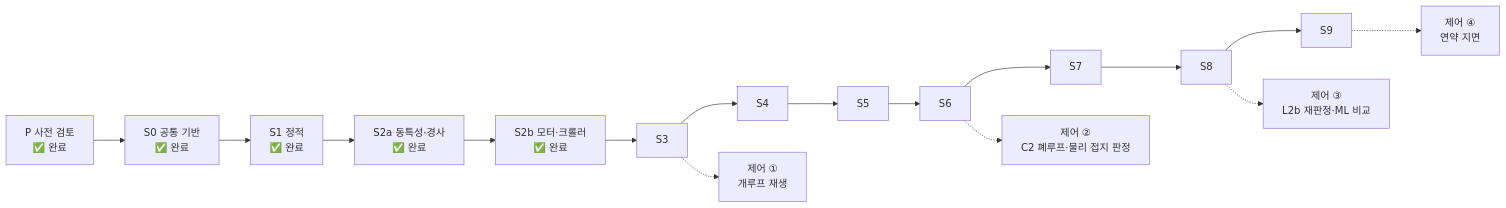
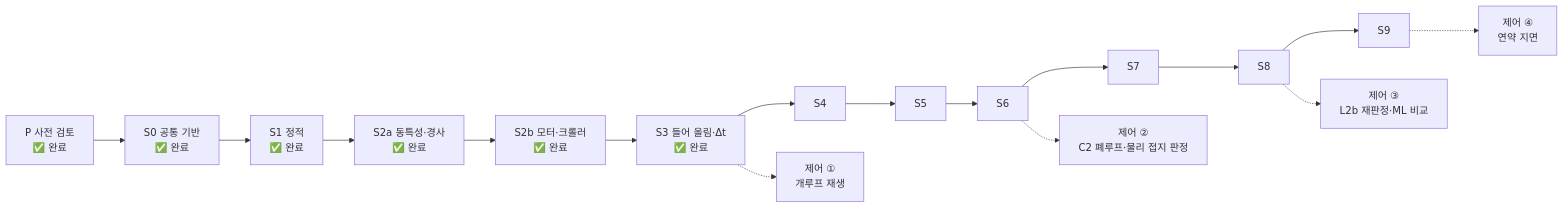
Before and after one commit to jinbeomjeong/outrigger_control: the diagram in 00_docs/00_roadmap.md, drawn with Mermaid. The commit also changed other lines of this file and 70 other files, not shown here.

````diff
--- a/00_docs/00_roadmap.md
+++ b/00_docs/00_roadmap.md
@@ -17,10 +17,10 @@
 ```mermaid
 flowchart LR
     P["P 사전 검토<br/>✅ 완료"] --> S0["S0 공통 기반<br/>✅ 완료"]
-    S0 --> S1["S1 정적<br/>✅ 완료"] --> S2a["S2a 동특성·경사<br/>✅ 완료"] --> S2b["S2b 모터·크롤러<br/>✅ 완료"] --> S3 --> S4 --> S5 --> S6
+    S0 --> S1["S1 정적<br/>✅ 완료"] --> S2a["S2a 동특성·경사<br/>✅ 완료"] --> S2b["S2b 모터·크롤러<br/>✅ 완료"] --> S3["S3 들어 올림·Δt<br/>✅ 완료"] --> S4 --> S5 --> S6
     S6 --> S7 --> S8 --> S9
     S3 -.-> C1["제어 ①<br/>개루프 재생"]
     S6 -.-> C2["제어 ②<br/>C2 폐루프·물리 접지 판정"]
     S8 -.-> C3["제어 ③<br/>L2b 재판정·ML 비교"]
     S9 -.-> C4["제어 ④<br/>연약 지면"]
 ```
````
